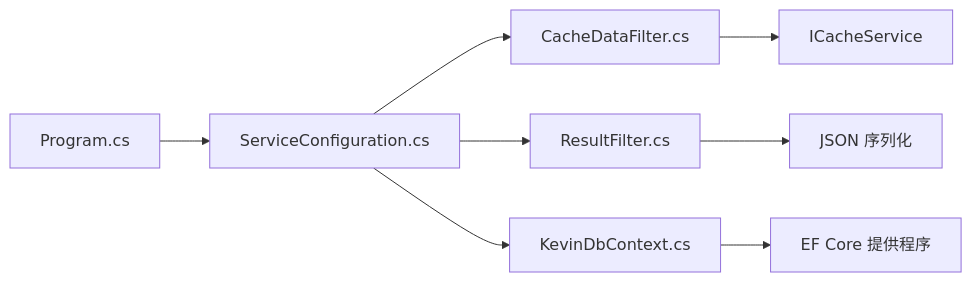
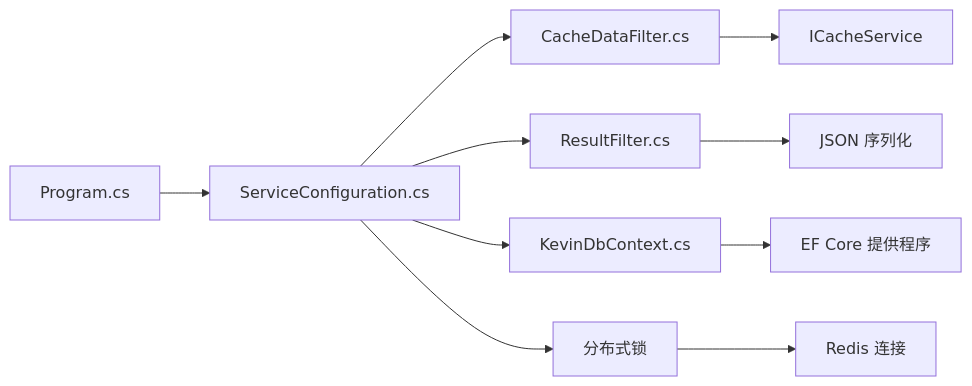
The eighth of 8 diagrams in .qoder/repowiki/zh/content/部署运维/性能优化.md (junkai-li/NetCoreKevin), drawn with Mermaid before and after one commit. The commit also changed other lines of this file and 40 other files, not shown here.

````diff
--- a/.qoder/repowiki/zh/content/部署运维/性能优化.md
+++ b/.qoder/repowiki/zh/content/部署运维/性能优化.md
@@ -303,10 +362,12 @@
 ```mermaid
 graph LR
 P["Program.cs"] --> SC["ServiceConfiguration.cs"]
 SC --> CF["CacheDataFilter.cs"]
 SC --> RF["ResultFilter.cs"]
 SC --> KC["KevinDbContext.cs"]
 CF --> CSvc["ICacheService"]
 RF --> Json["JSON 序列化"]
 KC --> EF["EF Core 提供程序"]
+SC --> DL["分布式锁"]
+DL --> Redis["Redis 连接"]
 ```
````
